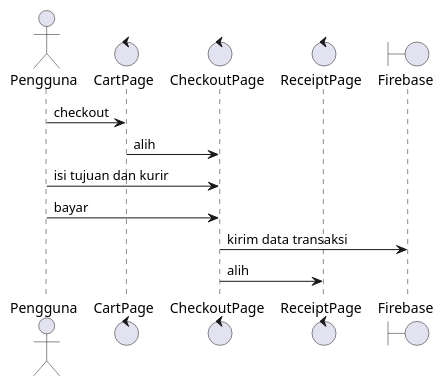
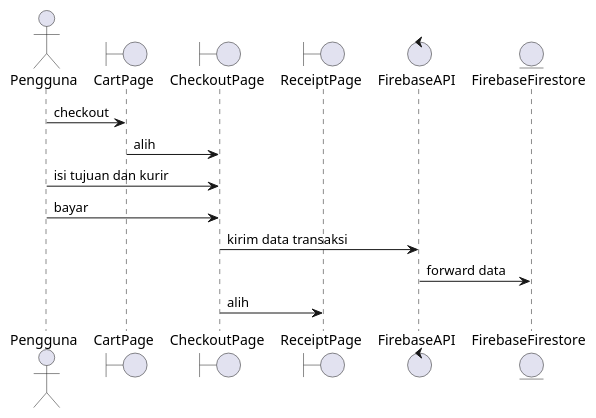
Before and after one commit to stnDinus/skpl_apbo_diagrams: the diagram in trx_seq.puml, drawn with PlantUML. The commit also changed 9 other files, not shown here.

Commit message:
fix: sequence diagram

```diff
--- a/trx_seq.puml
+++ b/trx_seq.puml
@@ -1,14 +1,16 @@
 @startuml
 actor Pengguna
-control CartPage
-control CheckoutPage
-control ReceiptPage
-boundary Firebase
+boundary CartPage
+boundary CheckoutPage
+boundary ReceiptPage
+control FirebaseAPI
+entity FirebaseFirestore
 
 Pengguna -> CartPage: checkout
 CartPage -> CheckoutPage: alih
 Pengguna -> CheckoutPage: isi tujuan dan kurir
 Pengguna -> CheckoutPage: bayar
-CheckoutPage -> Firebase: kirim data transaksi
+CheckoutPage -> FirebaseAPI: kirim data transaksi
+FirebaseAPI -> FirebaseFirestore: forward data
 CheckoutPage -> ReceiptPage: alih
 @enduml
```
